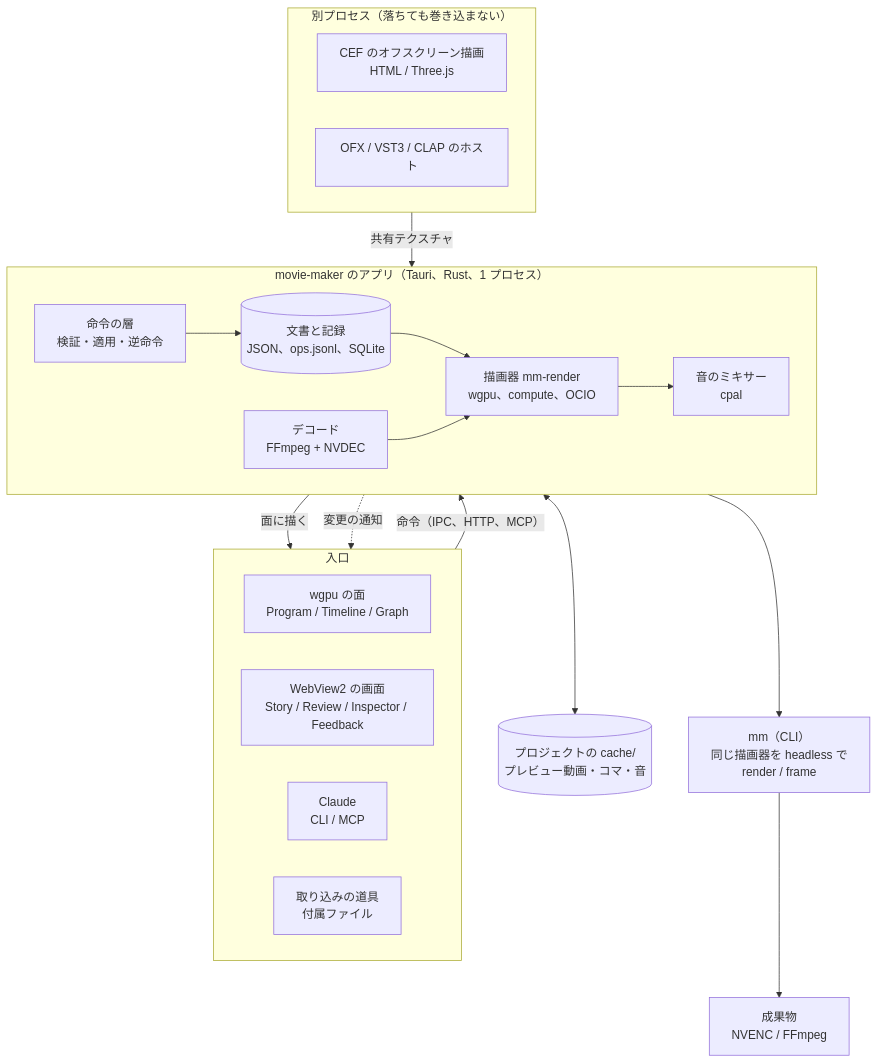
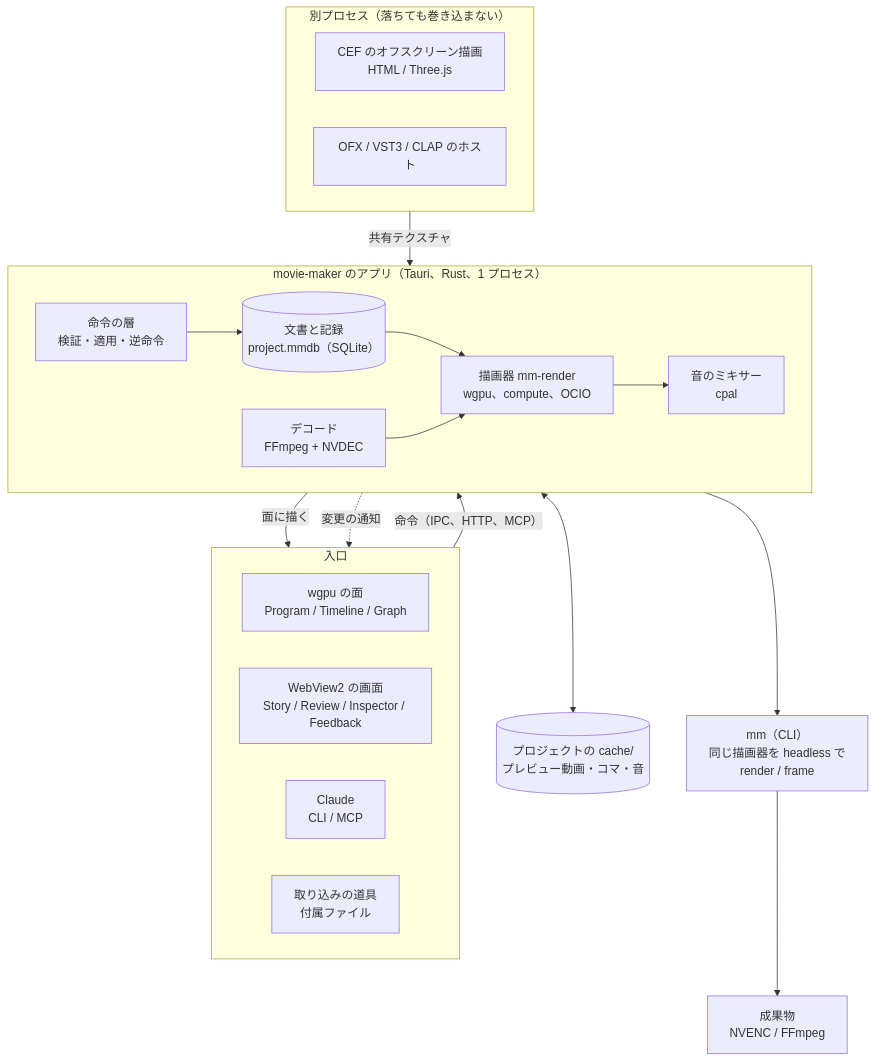
The diagram in movie-maker/docs/design/01-architecture.md (Durun/claude-marketplace), drawn with Mermaid before and after one commit. The commit also changed other lines of this file and 12 other files, not shown here.

First line of the commit message:
docs(movie-maker): 作業中の正本を SQLite の project.mmdb にする

````diff
--- a/movie-maker/docs/design/01-architecture.md
+++ b/movie-maker/docs/design/01-architecture.md
@@ -28,35 +28,35 @@
 ```mermaid
 flowchart TB
   subgraph IN[入口]
     direction LR
     NV[wgpu の面<br>Program / Timeline / Graph]
     WV[WebView2 の画面<br>Story / Review / Inspector / Feedback]
     CL[Claude<br>CLI / MCP]
     ING[取り込みの道具<br>付属ファイル]
   end
   subgraph APP[movie-maker のアプリ（Tauri、Rust、1 プロセス）]
     direction LR
     OPS[命令の層<br>検証・適用・逆命令]
-    DOC[(文書と記録<br>JSON、ops.jsonl、SQLite)]
+    DOC[(文書と記録<br>project.mmdb（SQLite）)]
     ENG[描画器 mm-render<br>wgpu、compute、OCIO]
     DEC[デコード<br>FFmpeg + NVDEC]
     MIX[音のミキサー<br>cpal]
     OPS --> DOC --> ENG
     DEC --> ENG
     ENG --> MIX
   end
   subgraph HOSTS[別プロセス（落ちても巻き込まない）]
     direction LR
     CEF[CEF のオフスクリーン描画<br>HTML / Three.js]
     OFX[OFX / VST3 / CLAP のホスト]
   end
   CACHE[(プロジェクトの cache/<br>プレビュー動画・コマ・音)]
   CLI[mm（CLI）<br>同じ描画器を headless で<br>render / frame]
   OUT[成果物<br>NVENC / FFmpeg]
   IN -- 命令（IPC、HTTP、MCP） --> OPS
   DOC -. 変更の通知 .-> IN
   ENG -- 面に描く --> NV
   HOSTS -- 共有テクスチャ --> ENG
   ENG <--> CACHE
   DOC --> CLI --> OUT
 ```
````
